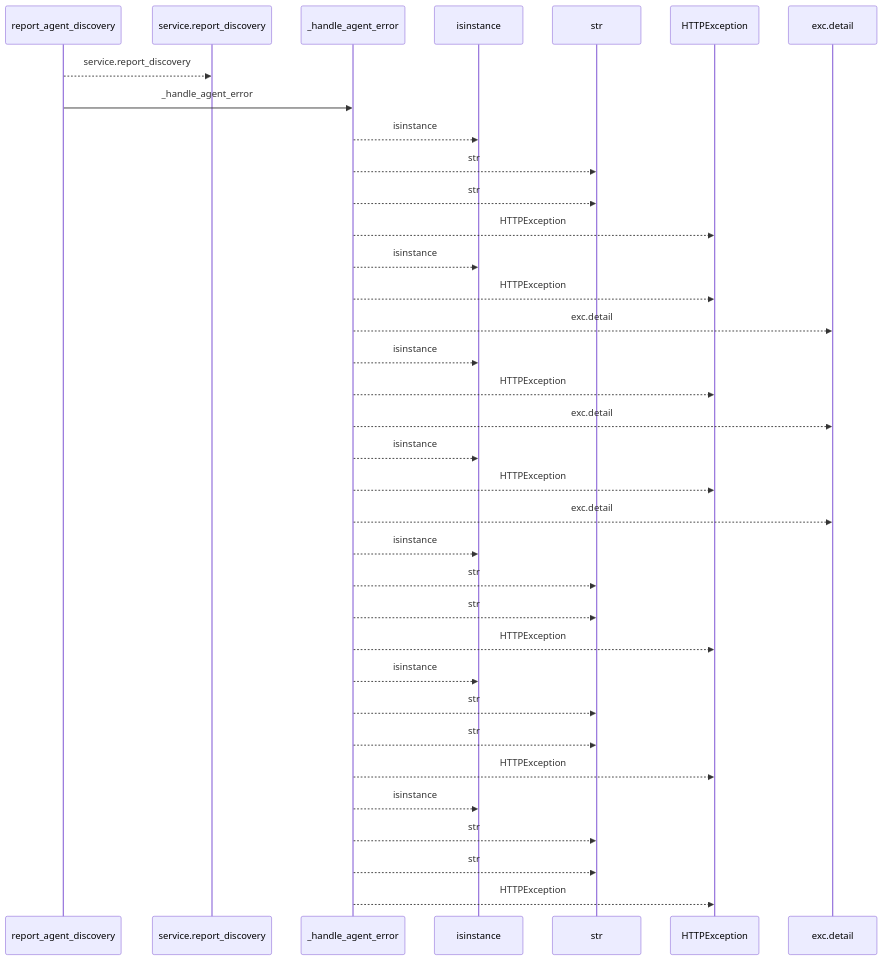
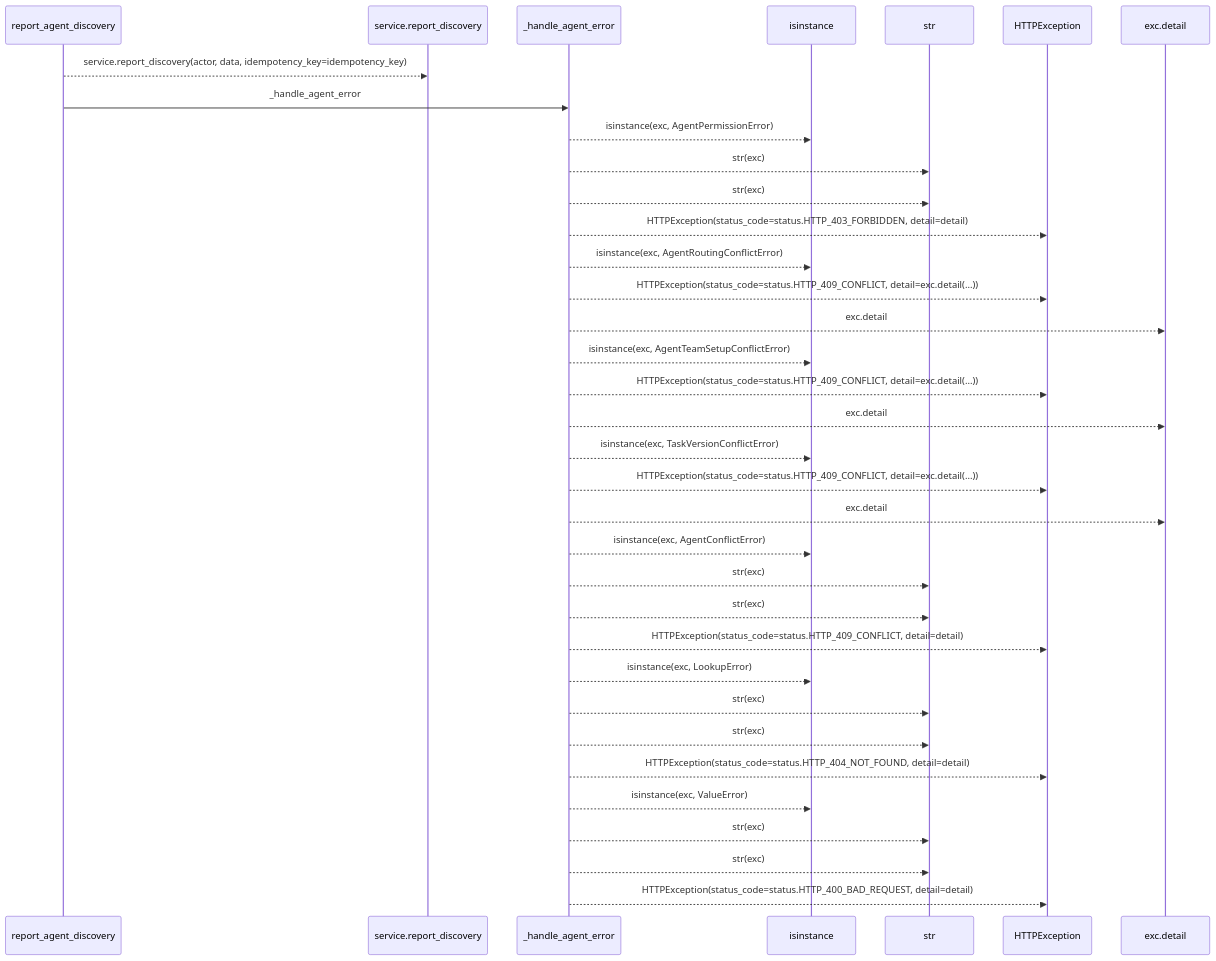
The first of 2 diagrams in docs/llm_wiki/flows/http-report_agent_discovery.md (Denissvgn/WorkChord), drawn with Mermaid before and after one commit. The commit also changed other lines of this file and 25171 other files, not shown here.

````diff
--- a/docs/llm_wiki/flows/http-report_agent_discovery.md
+++ b/docs/llm_wiki/flows/http-report_agent_discovery.md
@@ -10,37 +12,37 @@
 ```mermaid
 sequenceDiagram
     participant p0 as report_agent_discovery
     participant p1 as service.report_discovery
     participant p2 as _handle_agent_error
     participant p3 as isinstance
     participant p4 as str
     participant p5 as HTTPException
     participant p6 as exc.detail
-    p0-->>p1: service.report_discovery
+    p0-->>p1: service.report_discovery(actor, data, idempotency_key=idempotency_key)
     p0->>p2: _handle_agent_error
-    p2-->>p3: isinstance
-    p2-->>p4: str
-    p2-->>p4: str
-    p2-->>p5: HTTPException
-    p2-->>p3: isinstance
-    p2-->>p5: HTTPException
+    p2-->>p3: isinstance(exc, AgentPermissionError)
+    p2-->>p4: str(exc)
+    p2-->>p4: str(exc)
+    p2-->>p5: HTTPException(status_code=status.HTTP_403_FORBIDDEN, detail=detail)
+    p2-->>p3: isinstance(exc, AgentRoutingConflictError)
+    p2-->>p5: HTTPException(status_code=status.HTTP_409_CONFLICT, detail=exc.detail(...))
     p2-->>p6: exc.detail
-    p2-->>p3: isinstance
-    p2-->>p5: HTTPException
+    p2-->>p3: isinstance(exc, AgentTeamSetupConflictError)
+    p2-->>p5: HTTPException(status_code=status.HTTP_409_CONFLICT, detail=exc.detail(...))
     p2-->>p6: exc.detail
-    p2-->>p3: isinstance
-    p2-->>p5: HTTPException
+    p2-->>p3: isinstance(exc, TaskVersionConflictError)
+    p2-->>p5: HTTPException(status_code=status.HTTP_409_CONFLICT, detail=exc.detail(...))
     p2-->>p6: exc.detail
-    p2-->>p3: isinstance
-    p2-->>p4: str
-    p2-->>p4: str
-    p2-->>p5: HTTPException
-    p2-->>p3: isinstance
-    p2-->>p4: str
-    p2-->>p4: str
-    p2-->>p5: HTTPException
-    p2-->>p3: isinstance
-    p2-->>p4: str
-    p2-->>p4: str
-    p2-->>p5: HTTPException
+    p2-->>p3: isinstance(exc, AgentConflictError)
+    p2-->>p4: str(exc)
+    p2-->>p4: str(exc)
+    p2-->>p5: HTTPException(status_code=status.HTTP_409_CONFLICT, detail=detail)
+    p2-->>p3: isinstance(exc, LookupError)
+    p2-->>p4: str(exc)
+    p2-->>p4: str(exc)
+    p2-->>p5: HTTPException(status_code=status.HTTP_404_NOT_FOUND, detail=detail)
+    p2-->>p3: isinstance(exc, ValueError)
+    p2-->>p4: str(exc)
+    p2-->>p4: str(exc)
+    p2-->>p5: HTTPException(status_code=status.HTTP_400_BAD_REQUEST, detail=detail)
 ```
````
